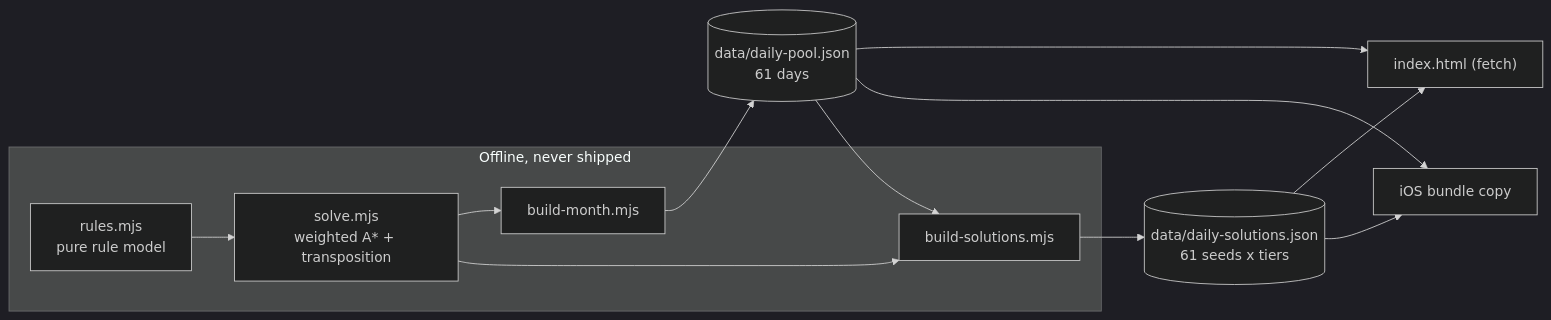
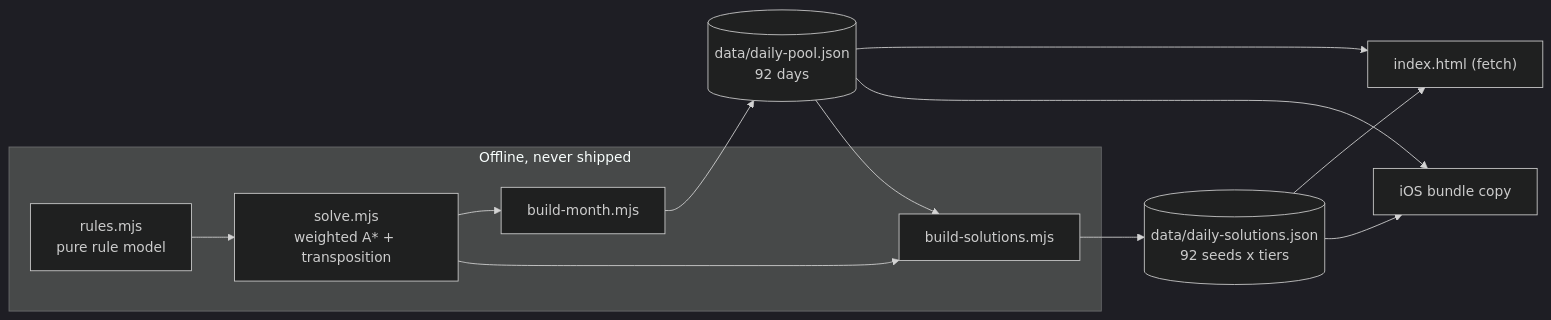
Before and after one commit to peterlit/cardgame: the sixth of 6 diagrams in docs/architecture/overview.md, drawn with Mermaid (dark theme). The commit also changed other lines of this file and 14 other files, not shown here.

First line of the commit message:
Seed October: extend the daily pool to 92 days (2026-08-01..2026-10-31)

````diff
--- a/docs/architecture/overview.md
+++ b/docs/architecture/overview.md
@@ -287,23 +287,23 @@
 ```mermaid
 flowchart LR
     subgraph Offline["Offline, never shipped"]
         Rules["rules.mjs<br/>pure rule model"]
         Solve["solve.mjs<br/>weighted A* + transposition"]
         BP["build-month.mjs"]
         BS["build-solutions.mjs"]
     end
 
-    Pool[("data/daily-pool.json<br/>61 days")]
-    Sol[("data/daily-solutions.json<br/>61 seeds x tiers")]
+    Pool[("data/daily-pool.json<br/>92 days")]
+    Sol[("data/daily-solutions.json<br/>92 seeds x tiers")]
 
     Rules --> Solve
     Solve --> BP
     Solve --> BS
     BP --> Pool
     Pool --> BS
     BS --> Sol
     Pool --> WebApp["index.html (fetch)"]
     Sol --> WebApp
     Pool --> IOS["iOS bundle copy"]
     Sol --> IOS
 ```
````
